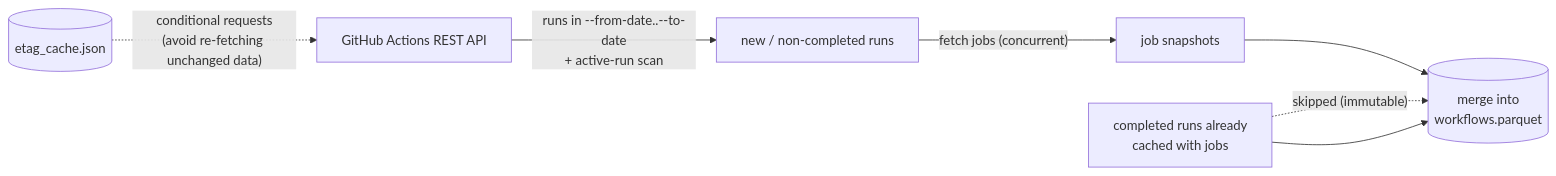
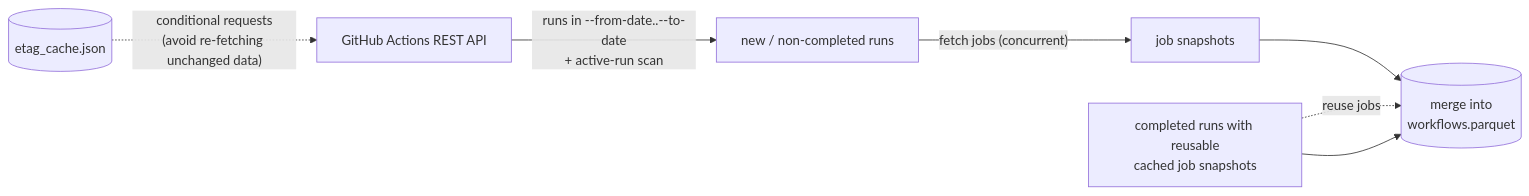
Before and after one commit to efendi54/cimon: the second of 7 diagrams in README.md, drawn with Mermaid. The commit also changed other lines of this file and 15 other files, not shown here.

````diff
--- a/README.md
+++ b/README.md
@@ -45,10 +56,10 @@
 ```mermaid
 flowchart LR
     A["GitHub Actions REST API"]
     A -- "runs in --from-date..--to-date<br>+ active-run scan" --> B["new / non-completed runs"]
     B -- "fetch jobs (concurrent)" --> C["job snapshots"]
-    D["completed runs already<br>cached with jobs"] -. "skipped (immutable)" .-> E
+    D["completed runs with reusable<br>cached job snapshots"] -. "reuse jobs" .-> E
     C --> E[("merge into<br>workflows.parquet")]
     D --> E
     F[("etag_cache.json")] -. "conditional requests<br>(avoid re-fetching unchanged data)" .-> A
 ```
````
